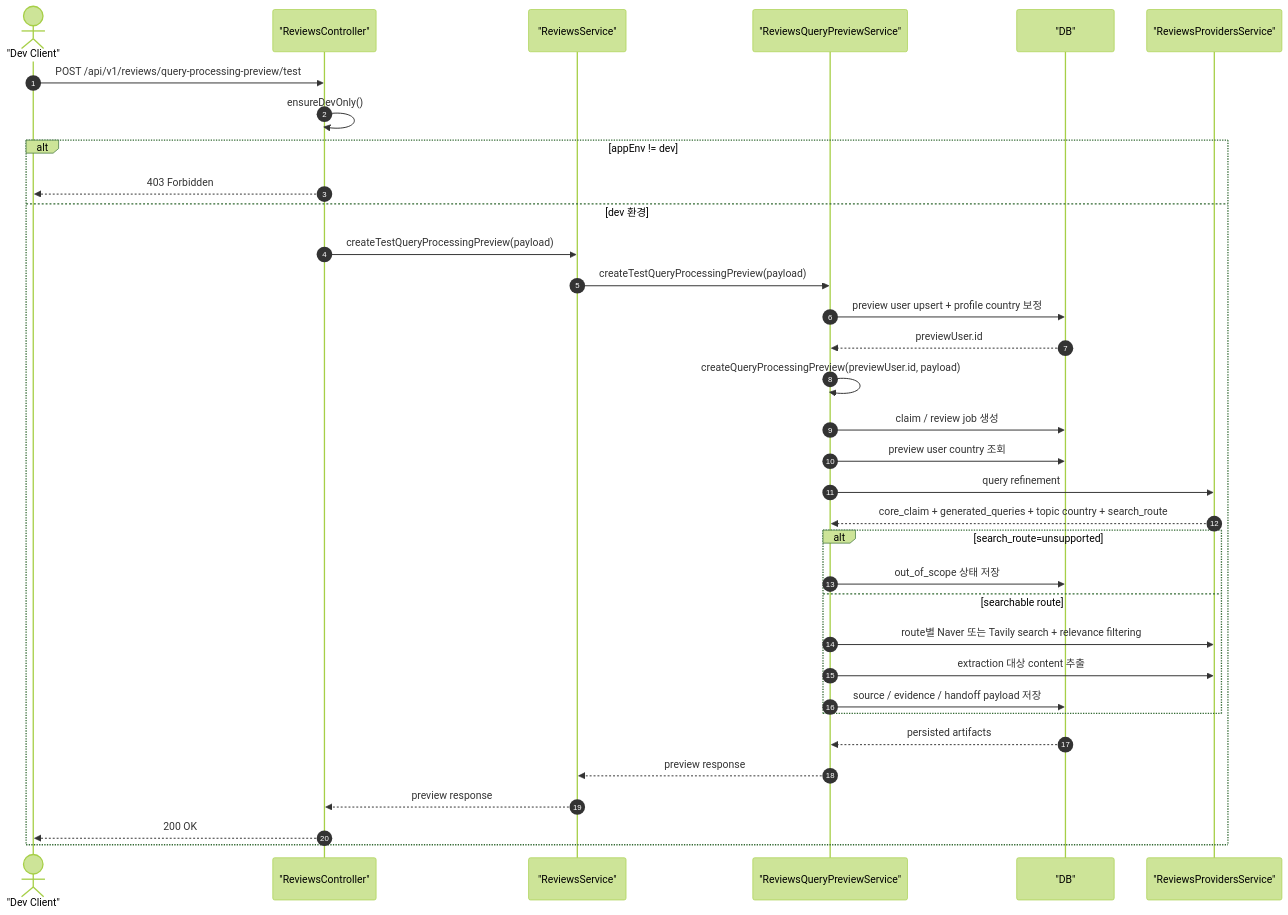
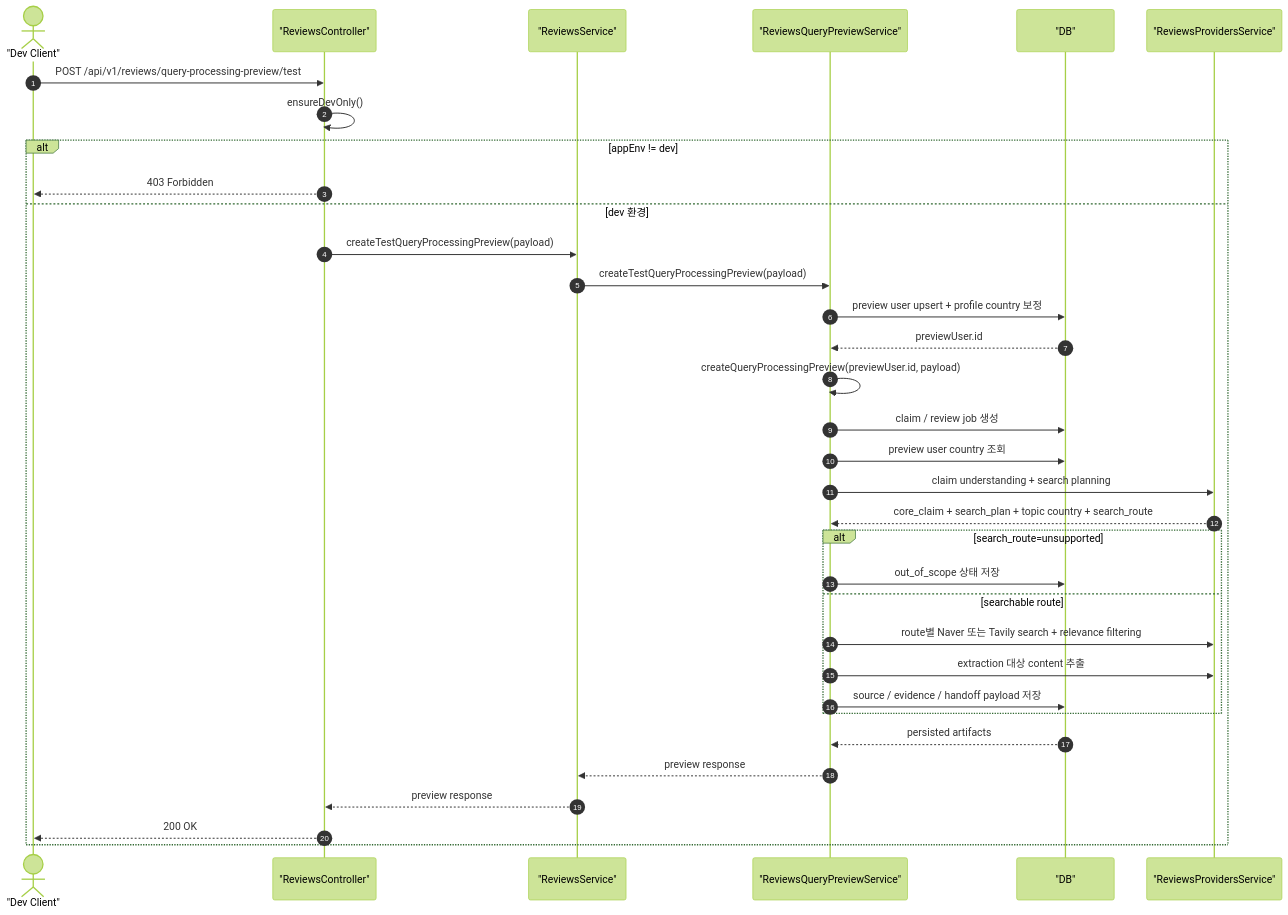
The second of 2 diagrams in docs/review-query-processing.md (dyjeong576/varo), drawn with Mermaid (forest theme) before and after one commit. The commit also changed other lines of this file and 27 other files, not shown here.

First line of the commit message:
feat: Enhance review query processing with claim understanding and search planning

````diff
--- a/docs/review-query-processing.md
+++ b/docs/review-query-processing.md
@@ -197,38 +231,38 @@
 ```mermaid
 sequenceDiagram
     autonumber
     actor DevClient as "Dev Client"
     participant Controller as "ReviewsController"
     participant ReviewsService as "ReviewsService"
     participant QueryPreviewService as "ReviewsQueryPreviewService"
     participant DB as "DB"
     participant Providers as "ReviewsProvidersService"
 
     DevClient->>Controller: POST /api/v1/reviews/query-processing-preview/test
     Controller->>Controller: ensureDevOnly()
 
     alt appEnv != dev
         Controller-->>DevClient: 403 Forbidden
     else dev 환경
         Controller->>ReviewsService: createTestQueryProcessingPreview(payload)
         ReviewsService->>QueryPreviewService: createTestQueryProcessingPreview(payload)
         QueryPreviewService->>DB: preview user upsert + profile country 보정
         DB-->>QueryPreviewService: previewUser.id
         QueryPreviewService->>QueryPreviewService: createQueryProcessingPreview(previewUser.id, payload)
         QueryPreviewService->>DB: claim / review job 생성
         QueryPreviewService->>DB: preview user country 조회
-        QueryPreviewService->>Providers: query refinement
-        Providers-->>QueryPreviewService: core_claim + generated_queries + topic country + search_route
+        QueryPreviewService->>Providers: claim understanding + search planning
+        Providers-->>QueryPreviewService: core_claim + search_plan + topic country + search_route
         alt search_route=unsupported
             QueryPreviewService->>DB: out_of_scope 상태 저장
         else searchable route
             QueryPreviewService->>Providers: route별 Naver 또는 Tavily search + relevance filtering
             QueryPreviewService->>Providers: extraction 대상 content 추출
             QueryPreviewService->>DB: source / evidence / handoff payload 저장
         end
         DB-->>QueryPreviewService: persisted artifacts
         QueryPreviewService-->>ReviewsService: preview response
         ReviewsService-->>Controller: preview response
         Controller-->>DevClient: 200 OK
     end
 ```
````
